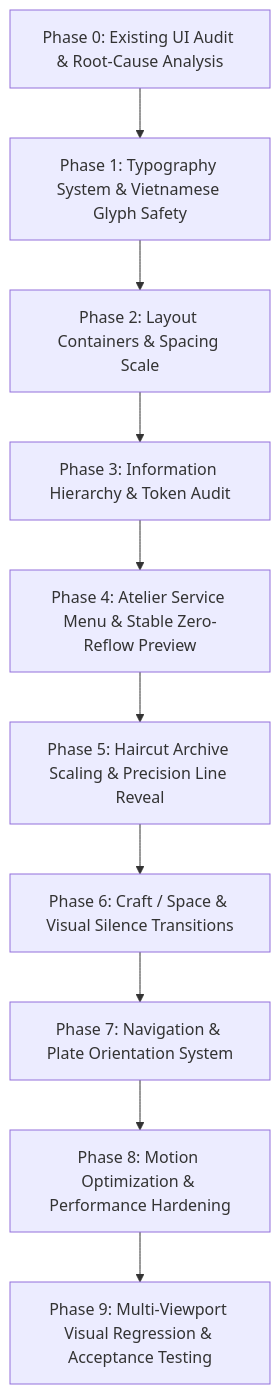
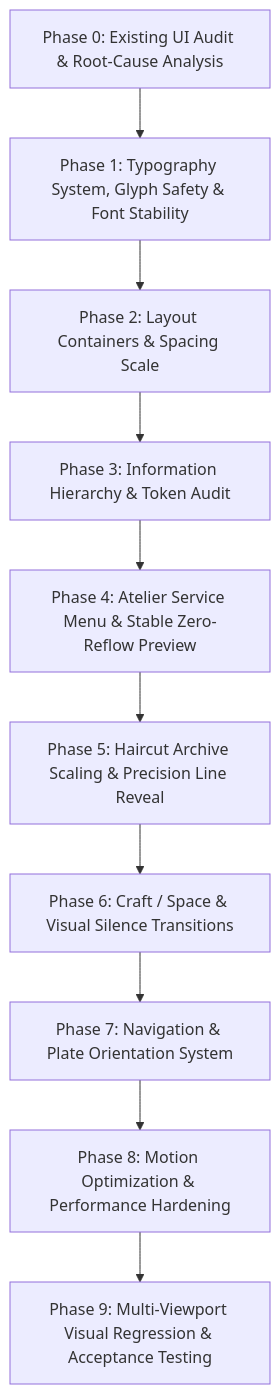
The diagram in docs/superpowers/specs/2026-08-20-editorial-barber-refinement-design.md (manhdung3010/barber-shop), drawn with Mermaid before and after one commit. The commit also changed other lines of this file, not shown here.

````diff
--- a/docs/superpowers/specs/2026-08-20-editorial-barber-refinement-design.md
+++ b/docs/superpowers/specs/2026-08-20-editorial-barber-refinement-design.md
@@ -135,12 +152,12 @@
 ```mermaid
 graph TD
-    P0[Phase 0: Existing UI Audit & Root-Cause Analysis] --> P1[Phase 1: Typography System & Vietnamese Glyph Safety]
+    P0[Phase 0: Existing UI Audit & Root-Cause Analysis] --> P1[Phase 1: Typography System, Glyph Safety & Font Stability]
     P1 --> P2[Phase 2: Layout Containers & Spacing Scale]
     P2 --> P3[Phase 3: Information Hierarchy & Token Audit]
     P3 --> P4[Phase 4: Atelier Service Menu & Stable Zero-Reflow Preview]
     P4 --> P5[Phase 5: Haircut Archive Scaling & Precision Line Reveal]
     P5 --> P6[Phase 6: Craft / Space & Visual Silence Transitions]
     P6 --> P7[Phase 7: Navigation & Plate Orientation System]
     P7 --> P8[Phase 8: Motion Optimization & Performance Hardening]
     P8 --> P9[Phase 9: Multi-Viewport Visual Regression & Acceptance Testing]
 ```
````
